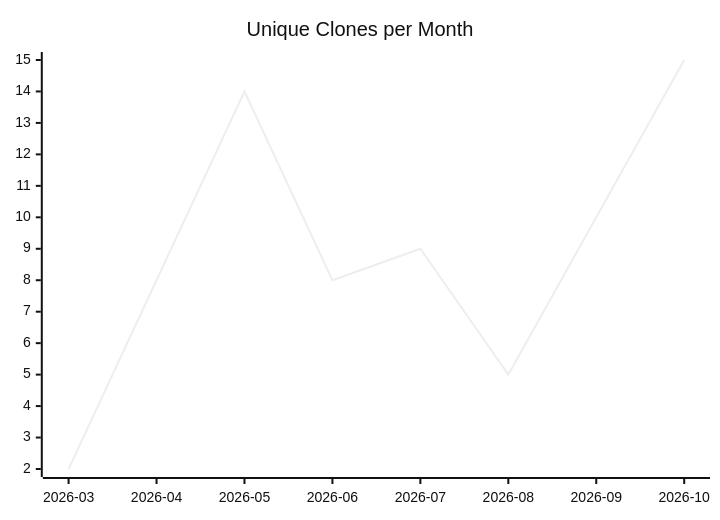
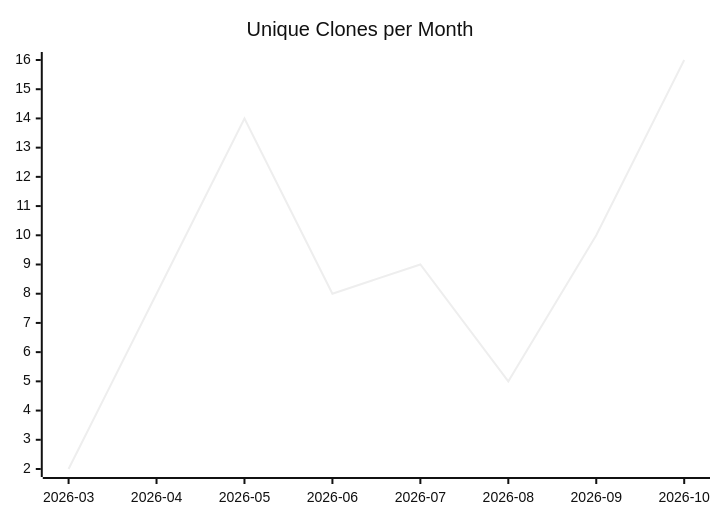
The third of 3 diagrams in karlmdavis/kobjects/README.md (justdavis-family/github-analytics-data), drawn with Mermaid (neutral theme) before and after one commit. The commit also changed other lines of this file and 198 other files, not shown here.

````diff
--- a/karlmdavis/kobjects/README.md
+++ b/karlmdavis/kobjects/README.md
@@ -19,6 +19,6 @@
 ```mermaid
 xychart-beta
   title "Unique Clones per Month"
   x-axis ["2026-03", "2026-04", "2026-05", "2026-06", "2026-07", "2026-08", "2026-09", "2026-10"]
-  line [2, 8, 14, 8, 9, 5, 10, 15]
+  line [2, 8, 14, 8, 9, 5, 10, 16]
 ```
````
